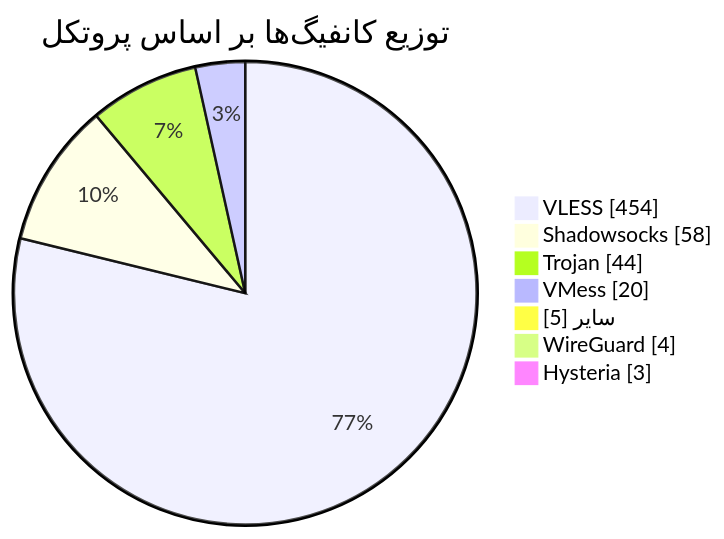
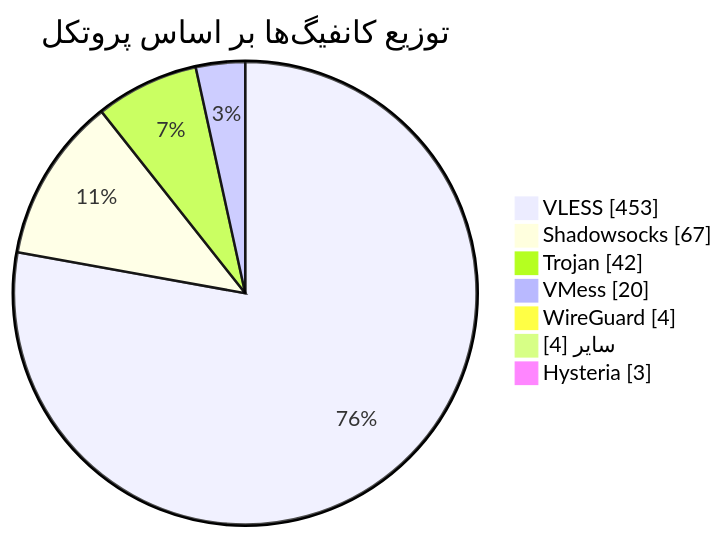
The diagram in README.md (Arian-Alijani/Somthing), drawn with Mermaid before and after one commit. The commit also changed other lines of this file and 17 other files, not shown here.

````diff
--- a/README.md
+++ b/README.md
@@ -49,11 +49,11 @@
 ```mermaid
 pie showData
     title توزیع کانفیگ‌ها بر اساس پروتکل
-    "VLESS" : 454
-    "Shadowsocks" : 58
-    "Trojan" : 44
+    "VLESS" : 453
+    "Shadowsocks" : 67
+    "Trojan" : 42
     "VMess" : 20
-    "سایر" : 5
     "WireGuard" : 4
+    "سایر" : 4
     "Hysteria" : 3
 ```
````
